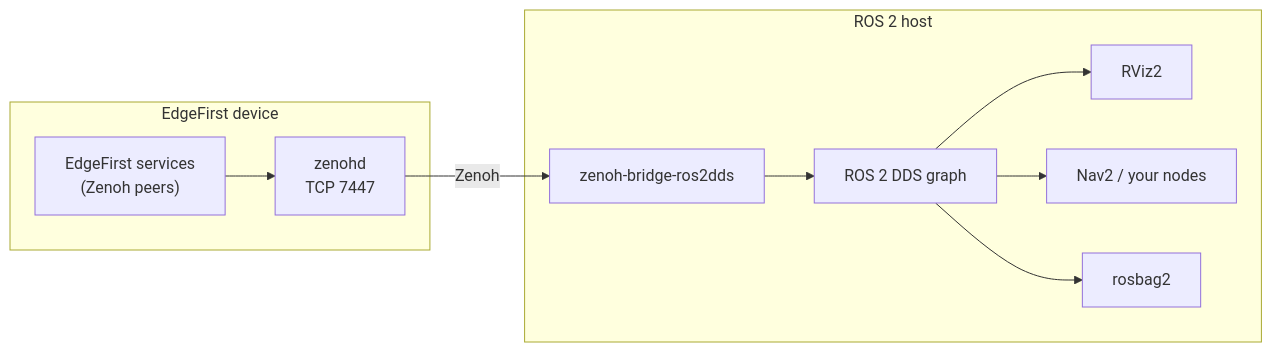
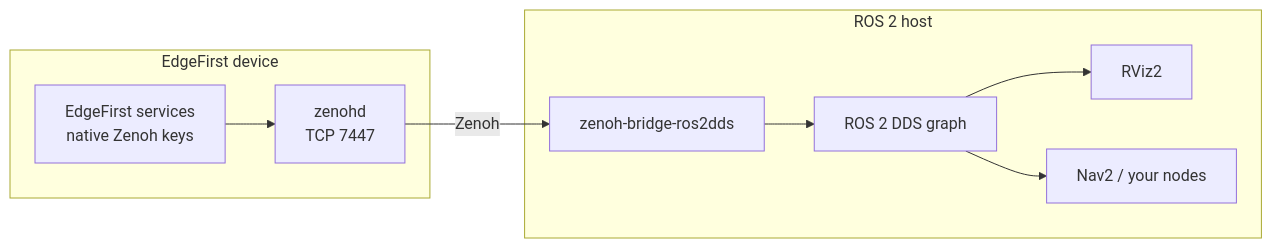
The diagram in profile/ros2.md (EdgeFirstAI/.github), drawn with Mermaid before and after one commit. The commit also changed other lines of this file and 5 other files, not shown here.

````diff
--- a/profile/ros2.md
+++ b/profile/ros2.md
@@ -22,13 +25,12 @@
 ```mermaid
 flowchart LR
     subgraph device["EdgeFirst device"]
-        svc["EdgeFirst services<br/>(Zenoh peers)"] --> zenohd["zenohd<br/>TCP 7447"]
+        svc["EdgeFirst services<br/>native Zenoh keys"] --> zenohd["zenohd<br/>TCP 7447"]
     end
     subgraph host["ROS 2 host"]
         bridge["zenoh-bridge-ros2dds"] --> dds["ROS 2 DDS graph"]
         dds --> rviz["RViz2"]
         dds --> nav["Nav2 / your nodes"]
-        dds --> bag["rosbag2"]
     end
     zenohd -- "Zenoh" --> bridge
 ```
````
